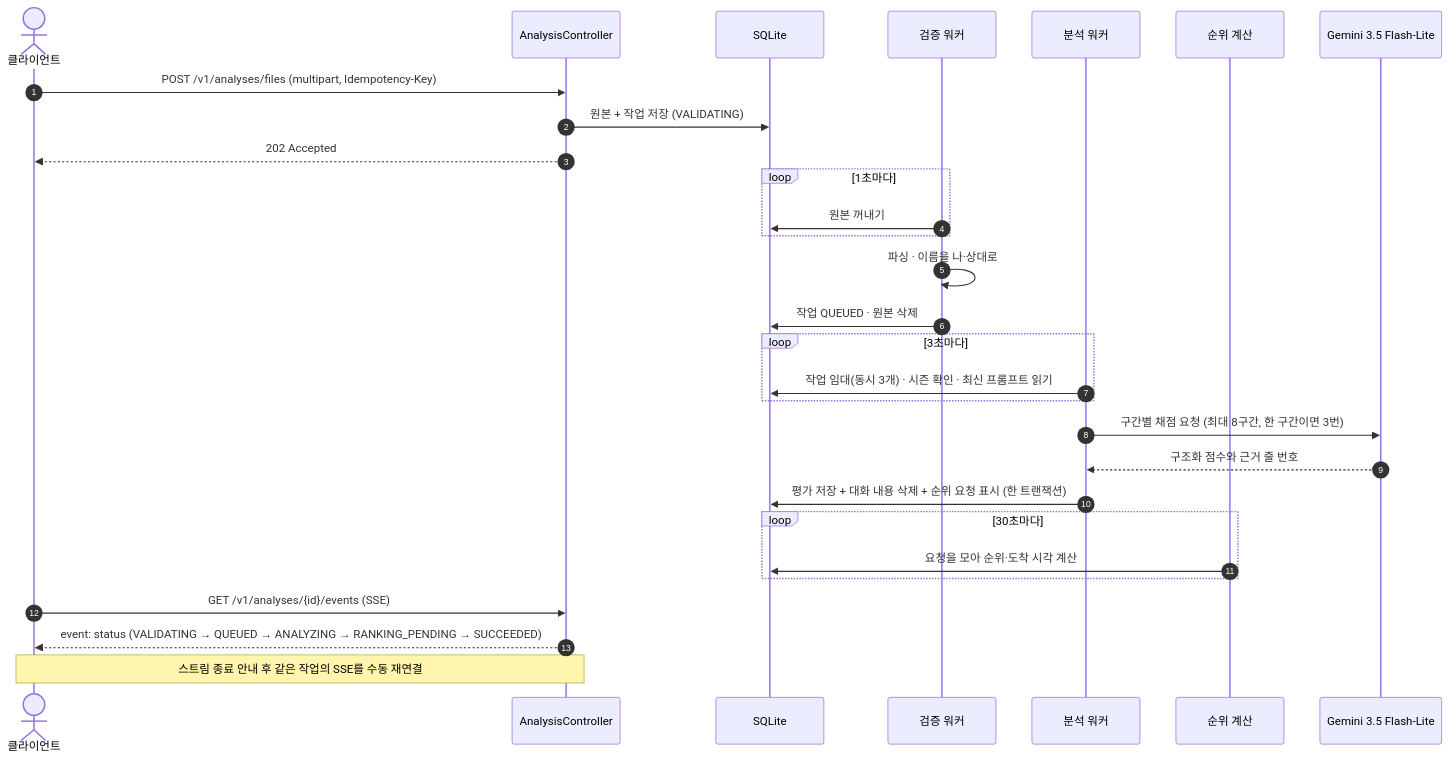
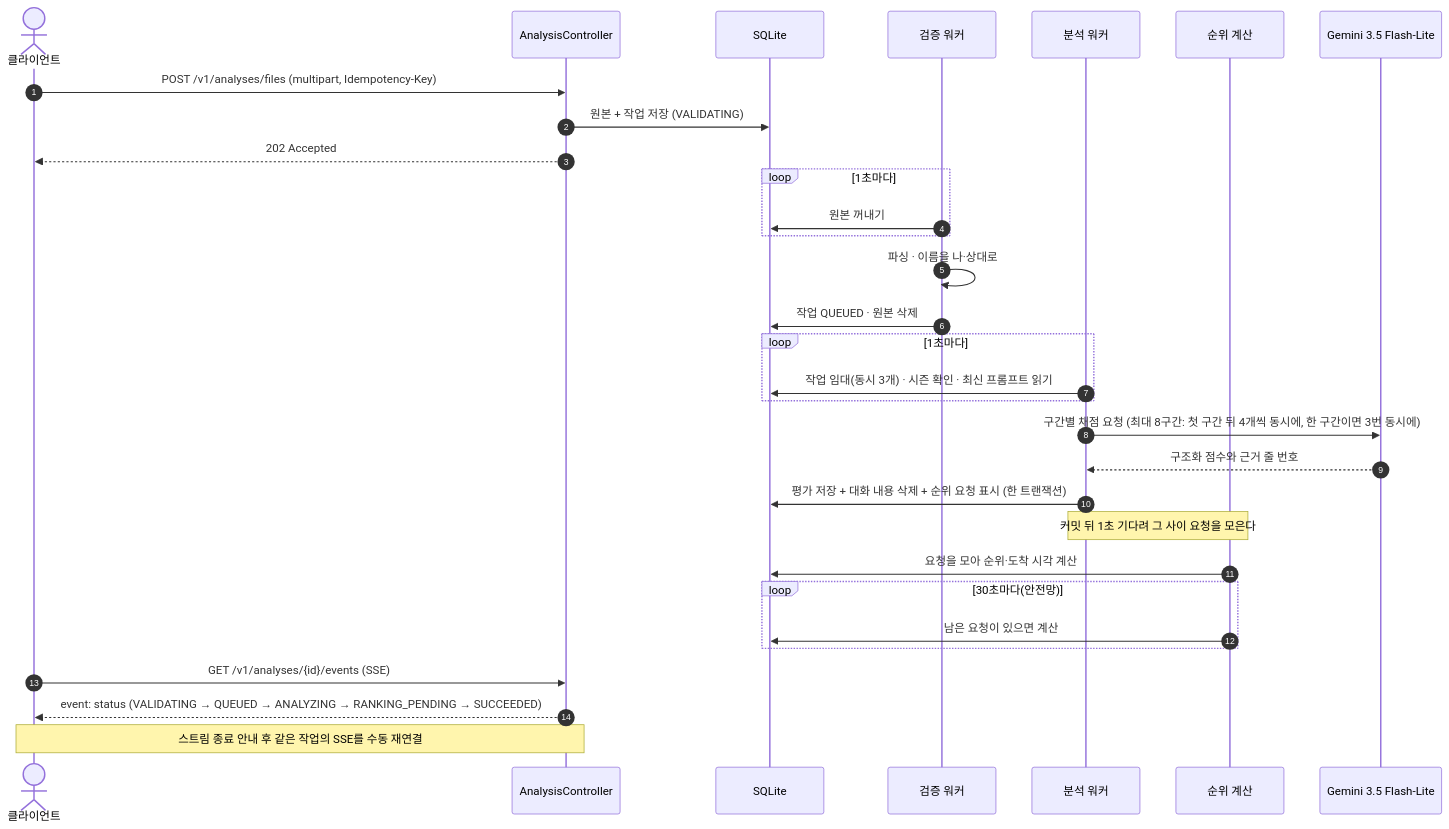
One commit to yooni9ue/santacut changed the diagram in backend/README.md. Above: the diagram before and after it, drawn with Mermaid. The commit also changed other lines of this file and 4 other files, not shown here.

````diff
--- a/backend/README.md
+++ b/backend/README.md
@@ -175,31 +181,33 @@
 ```mermaid
 sequenceDiagram
     autonumber
     actor C as 클라이언트
     participant API as AnalysisController
     participant DB as SQLite
     participant V as 검증 워커
     participant W as 분석 워커
     participant R as 순위 계산
     participant AI as Gemini 3.5 Flash-Lite
     C->>API: POST /v1/analyses/files (multipart, Idempotency-Key)
     API->>DB: 원본 + 작업 저장 (VALIDATING)
     API-->>C: 202 Accepted
     loop 1초마다
         V->>DB: 원본 꺼내기
     end
     V->>V: 파싱 · 이름을 나·상대로
     V->>DB: 작업 QUEUED · 원본 삭제
-    loop 3초마다
+    loop 1초마다
         W->>DB: 작업 임대(동시 3개) · 시즌 확인 · 최신 프롬프트 읽기
     end
-    W->>AI: 구간별 채점 요청 (최대 8구간, 한 구간이면 3번)
+    W->>AI: 구간별 채점 요청 (최대 8구간: 첫 구간 뒤 4개씩 동시에, 한 구간이면 3번 동시에)
     AI-->>W: 구조화 점수와 근거 줄 번호
     W->>DB: 평가 저장 + 대화 내용 삭제 + 순위 요청 표시 (한 트랜잭션)
-    loop 30초마다
-        R->>DB: 요청을 모아 순위·도착 시각 계산
+    Note over W,R: 커밋 뒤 1초 기다려 그 사이 요청을 모은다
+    R->>DB: 요청을 모아 순위·도착 시각 계산
+    loop 30초마다(안전망)
+        R->>DB: 남은 요청이 있으면 계산
     end
     C->>API: GET /v1/analyses/{id}/events (SSE)
     API-->>C: event: status (VALIDATING → QUEUED → ANALYZING → RANKING_PENDING → SUCCEEDED)
     Note over C,API: 스트림 종료 안내 후 같은 작업의 SSE를 수동 재연결
 ```
````
